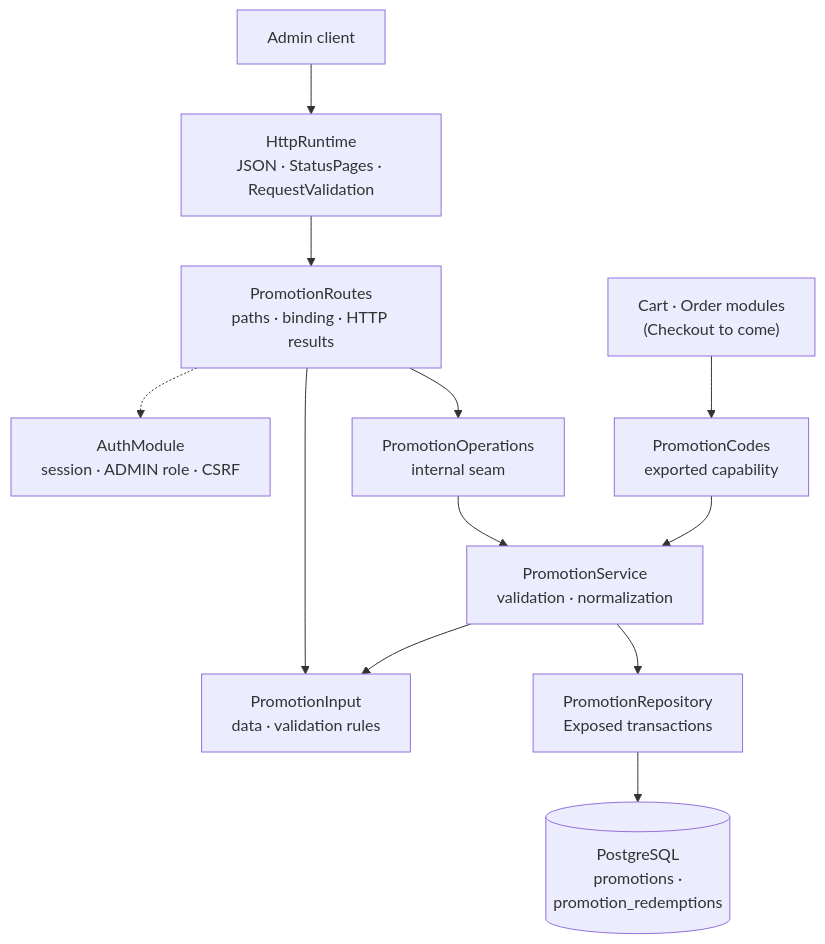
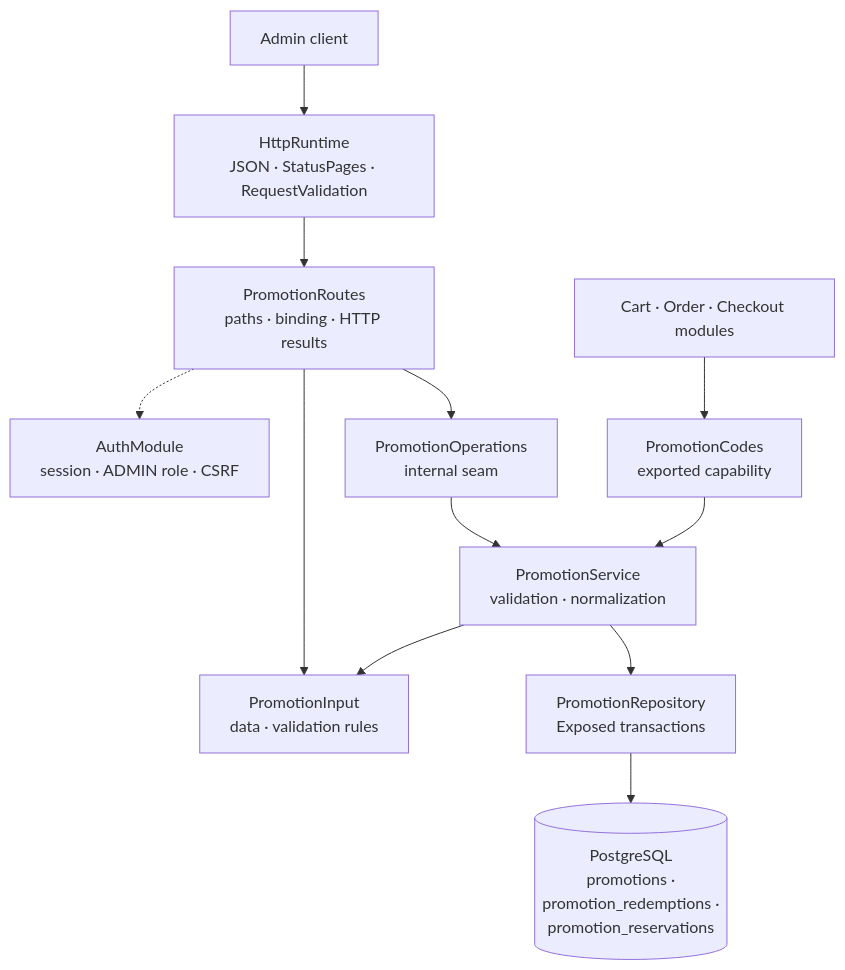
Before and after one commit to bitstorm-tech/voenix-shop-kotlin: the diagram in docs/dev/backend/promotion-package.md, drawn with Mermaid. The commit also changed other lines of this file and 24 other files, not shown here.

Commit message:
Checkout T1: promotion reservation lifecycle (reserve/release, V18)

````diff
--- a/docs/dev/backend/promotion-package.md
+++ b/docs/dev/backend/promotion-package.md
@@ -28,25 +29,25 @@
 ```mermaid
 flowchart TB
     Client["Admin client"]
     Http["HttpRuntime<br/>JSON · StatusPages · RequestValidation"]
     Auth["AuthModule<br/>session · ADMIN role · CSRF"]
     Routes["PromotionRoutes<br/>paths · binding · HTTP results"]
     Input["PromotionInput<br/>data · validation rules"]
     Operations["PromotionOperations<br/>internal seam"]
     Codes["PromotionCodes<br/>exported capability"]
-    Consumer["Cart · Order modules<br/>(Checkout to come)"]
+    Consumer["Cart · Order · Checkout modules"]
     Service["PromotionService<br/>validation · normalization"]
     Repository["PromotionRepository<br/>Exposed transactions"]
-    Promotions[("PostgreSQL<br/>promotions ·<br/>promotion_redemptions")]
+    Promotions[("PostgreSQL<br/>promotions ·<br/>promotion_redemptions ·<br/>promotion_reservations")]
 
     Client --> Http --> Routes
     Routes -.-> Auth
     Routes --> Input
     Routes --> Operations
     Consumer --> Codes
     Operations --> Service
     Codes --> Service
     Service --> Input
     Service --> Repository
     Repository --> Promotions
 ```
````
